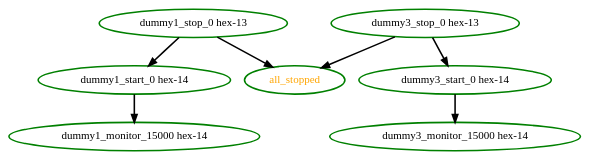
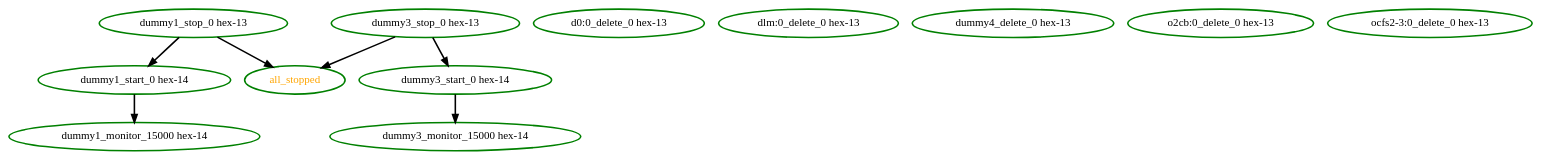
One commit to ClusterLabs/pacemaker changed the diagram in pengine/test10/coloc-intra-set.dot. Above: the diagram before and after it, drawn with Graphviz. The commit also changed 40 other files, not shown here.

```diff
--- a/pengine/test10/coloc-intra-set.dot
+++ b/pengine/test10/coloc-intra-set.dot
@@ -1,15 +1,20 @@
 digraph "g" {
 "all_stopped" [ style=bold color="green" fontcolor="orange" ]
+"d0:0_delete_0 hex-13" [ style=bold color="green" fontcolor="black"]
+"dlm:0_delete_0 hex-13" [ style=bold color="green" fontcolor="black"]
 "dummy1_monitor_15000 hex-14" [ style=bold color="green" fontcolor="black" ]
 "dummy1_start_0 hex-14" -> "dummy1_monitor_15000 hex-14" [ style = bold]
 "dummy1_start_0 hex-14" [ style=bold color="green" fontcolor="black" ]
 "dummy1_stop_0 hex-13" -> "all_stopped" [ style = bold]
 "dummy1_stop_0 hex-13" -> "dummy1_start_0 hex-14" [ style = bold]
 "dummy1_stop_0 hex-13" [ style=bold color="green" fontcolor="black" ]
 "dummy3_monitor_15000 hex-14" [ style=bold color="green" fontcolor="black" ]
 "dummy3_start_0 hex-14" -> "dummy3_monitor_15000 hex-14" [ style = bold]
 "dummy3_start_0 hex-14" [ style=bold color="green" fontcolor="black" ]
 "dummy3_stop_0 hex-13" -> "all_stopped" [ style = bold]
 "dummy3_stop_0 hex-13" -> "dummy3_start_0 hex-14" [ style = bold]
 "dummy3_stop_0 hex-13" [ style=bold color="green" fontcolor="black" ]
+"dummy4_delete_0 hex-13" [ style=bold color="green" fontcolor="black"]
+"o2cb:0_delete_0 hex-13" [ style=bold color="green" fontcolor="black"]
+"ocfs2-3:0_delete_0 hex-13" [ style=bold color="green" fontcolor="black"]
 }
```
